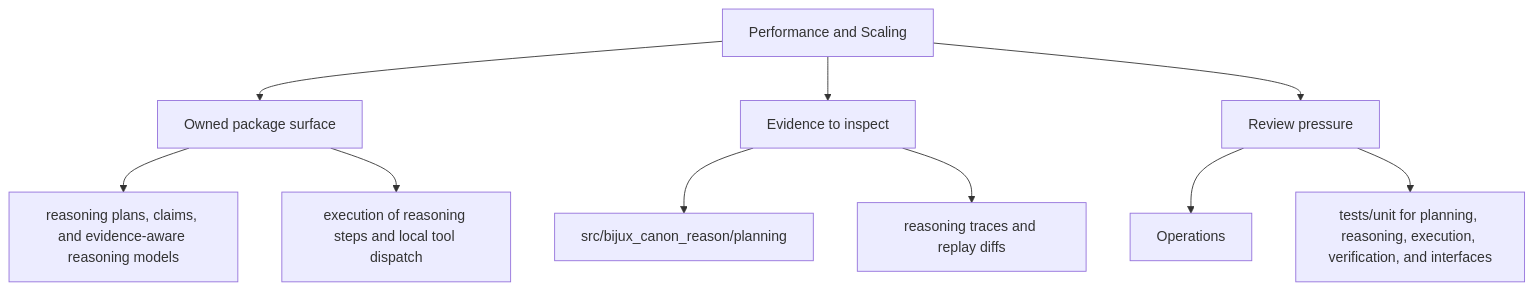
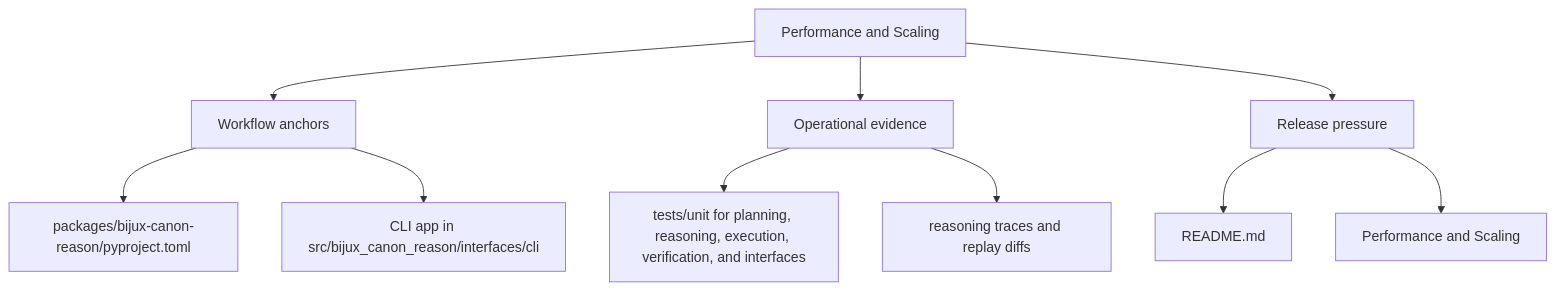
The second of 2 diagrams in docs/bijux-canon-reason/operations/performance-and-scaling.md (bijux/bijux-canon), drawn with Mermaid before and after one commit. The commit also changed other lines of this file and 250 other files, not shown here.

Commit message:
docs(diagrams): make product page maps more readable

````diff
--- a/docs/bijux-canon-reason/operations/performance-and-scaling.md
+++ b/docs/bijux-canon-reason/operations/performance-and-scaling.md
@@ -34,22 +34,22 @@
 ```mermaid
 flowchart TD
     page["Performance and Scaling"]
-    focus1["Owned package surface"]
+    focus1["Workflow anchors"]
     page --> focus1
-    focus1_1["reasoning plans, claims, and evidence-aware reasoning models"]
+    focus1_1["packages/bijux-canon-reason/pyproject.toml"]
     focus1 --> focus1_1
-    focus1_2["execution of reasoning steps and local tool dispatch"]
+    focus1_2["CLI app in src/bijux_canon_reason/interfaces/cli"]
     focus1 --> focus1_2
-    focus2["Evidence to inspect"]
+    focus2["Operational evidence"]
     page --> focus2
-    focus2_1["src/bijux_canon_reason/planning"]
+    focus2_1["tests/unit for planning, reasoning, execution, verification, and interfaces"]
     focus2 --> focus2_1
     focus2_2["reasoning traces and replay diffs"]
     focus2 --> focus2_2
-    focus3["Review pressure"]
+    focus3["Release pressure"]
     page --> focus3
-    focus3_1["Operations"]
+    focus3_1["README.md"]
     focus3 --> focus3_1
-    focus3_2["tests/unit for planning, reasoning, execution, verification, and interfaces"]
+    focus3_2["Performance and Scaling"]
     focus3 --> focus3_2
 ```
````
